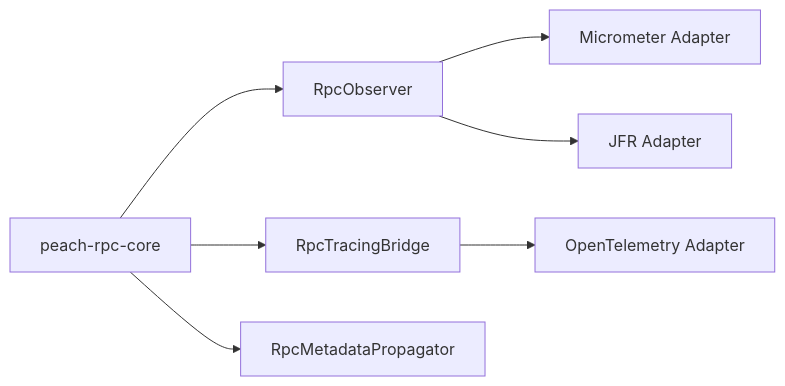
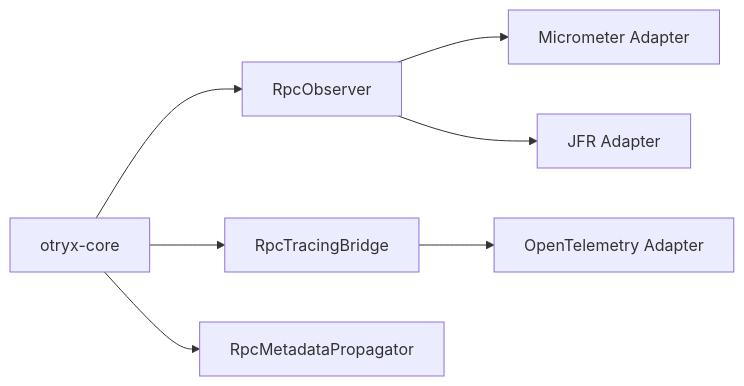
Before and after one commit to Ryan-Guizhou/peach-rpc: the first of 2 diagrams in docs/observability.md, drawn with Mermaid. The commit also changed other lines of this file and 339 other files, not shown here.

````diff
--- a/docs/observability.md
+++ b/docs/observability.md
@@ -8,17 +8,17 @@
 ```mermaid
 flowchart LR
-    Core[peach-rpc-core]
+    Core[otryx-core]
     Observer[RpcObserver]
     Trace[RpcTracingBridge]
     Meta[RpcMetadataPropagator]
     Micro[Micrometer Adapter]
     OTel[OpenTelemetry Adapter]
     Jfr[JFR Adapter]
 
     Core --> Observer
     Core --> Trace
     Core --> Meta
     Observer --> Micro
     Trace --> OTel
     Observer --> Jfr
 ```
````
